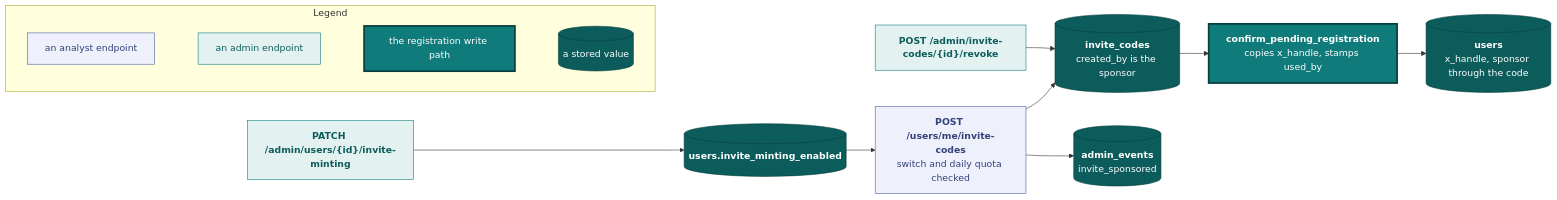
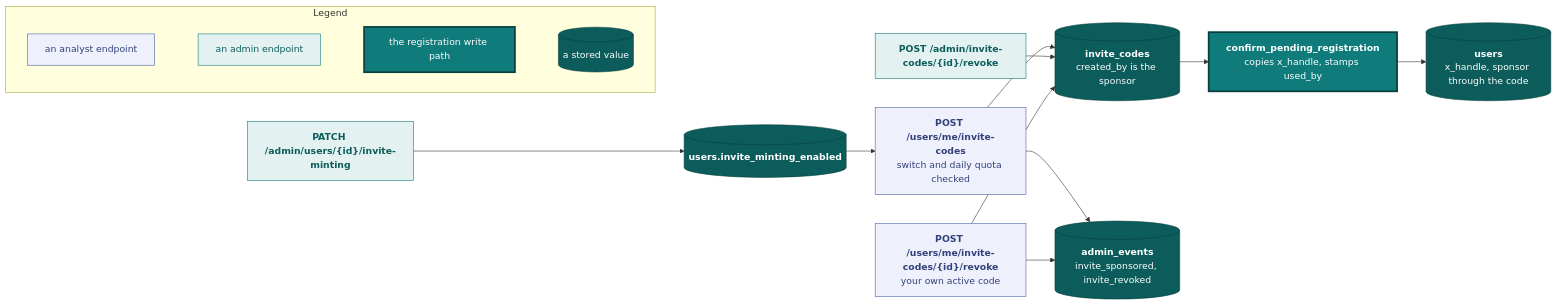
One commit to vidithq/vidit changed the seventh of 9 diagrams in docs/api.md. Above: the diagram before and after it, drawn with Mermaid. The commit also changed other lines of this file and 9 other files, not shown here.

First line of the commit message:
feat(invites): let a sponsor revoke their own code and flash the copy on mint

````diff
--- a/docs/api.md
+++ b/docs/api.md
@@ -2535,38 +2537,42 @@
 ```mermaid
 flowchart LR
   classDef spec fill:#eef1fb,stroke:#4a5fa5,color:#33417a
   classDef shared fill:#e3f2f1,stroke:#0f7b7a,color:#0b5c5b
   classDef core fill:#0f7b7a,stroke:#083f3e,stroke-width:3px,color:#ffffff
   classDef store fill:#0b5c5b,stroke:#083f3e,color:#ffffff
 
   subgraph legend [Legend]
     direction LR
     l1["`an analyst endpoint`"]:::spec
     l2["`an admin endpoint`"]:::shared
     l3["`the registration write path`"]:::core
     l4[("`a stored value`")]:::store
     l1 ~~~ l2 ~~~ l3 ~~~ l4
   end
 
   mint["`**POST /users/me/invite-codes**
   switch and daily quota checked`"]:::spec
   switch["`**PATCH /admin/users/{id}/invite-minting**`"]:::shared
   revoke["`**POST /admin/invite-codes/{id}/revoke**`"]:::shared
+  selfrevoke["`**POST /users/me/invite-codes/{id}/revoke**
+  your own active code`"]:::spec
   flag[("`**users.invite_minting_enabled**`")]:::store
   code[("`**invite_codes**
   created_by is the sponsor`")]:::store
   audit[("`**admin_events**
-  invite_sponsored`")]:::store
+  invite_sponsored, invite_revoked`")]:::store
   confirm["`**confirm_pending_registration**
   copies x_handle, stamps used_by`"]:::core
   account[("`**users**
   x_handle, sponsor through the code`")]:::store
 
   switch --> flag
   flag --> mint
   mint --> code
   mint --> audit
   revoke --> code
+  selfrevoke --> code
+  selfrevoke --> audit
   code --> confirm
   confirm --> account
 ```
````
